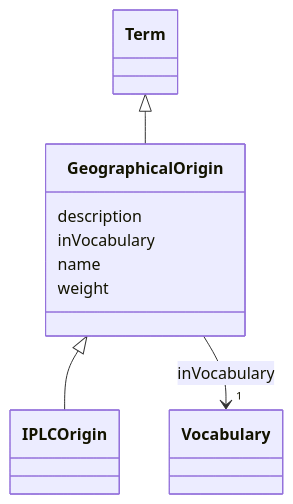
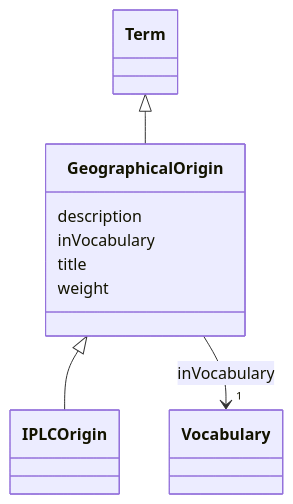
One commit to EVORA-project/evora-ontology changed the diagram in models/docs/GeographicalOrigin.md. Above: the diagram before and after it, drawn with Mermaid. The commit also changed other lines of this file and 435 other files, not shown here.

````diff
--- a/models/docs/GeographicalOrigin.md
+++ b/models/docs/GeographicalOrigin.md
@@ -19,29 +19,29 @@
 ```mermaid
  classDiagram
     class GeographicalOrigin
     click GeographicalOrigin href "../GeographicalOrigin"
       Term <|-- GeographicalOrigin
         click Term href "../Term"
       
 
       GeographicalOrigin <|-- IPLCOrigin
         click IPLCOrigin href "../IPLCOrigin"
       
       
       GeographicalOrigin : description
         
       GeographicalOrigin : inVocabulary
         
           
     
     
     GeographicalOrigin --> "1" Vocabulary : inVocabulary
     click Vocabulary href "../Vocabulary"
 
         
-      GeographicalOrigin : name
+      GeographicalOrigin : title
         
       GeographicalOrigin : weight
         
       
 ```
````
